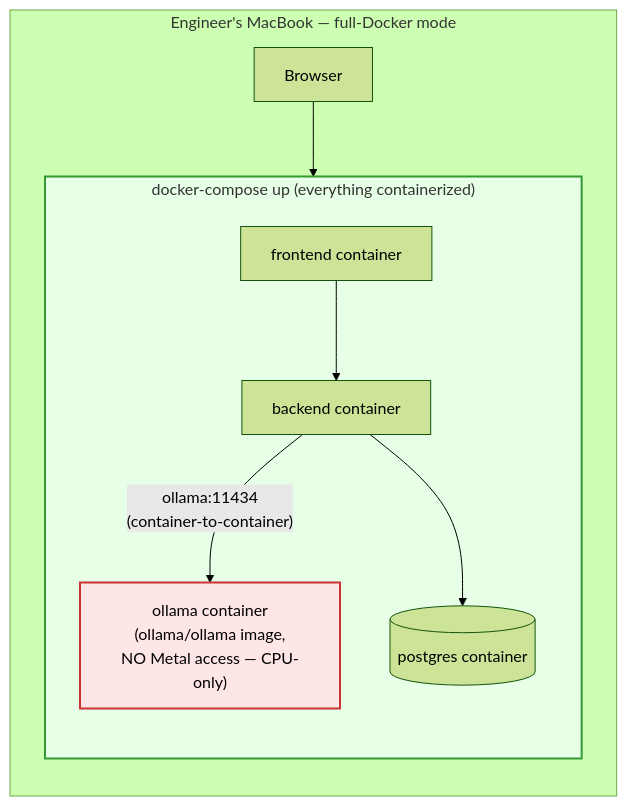
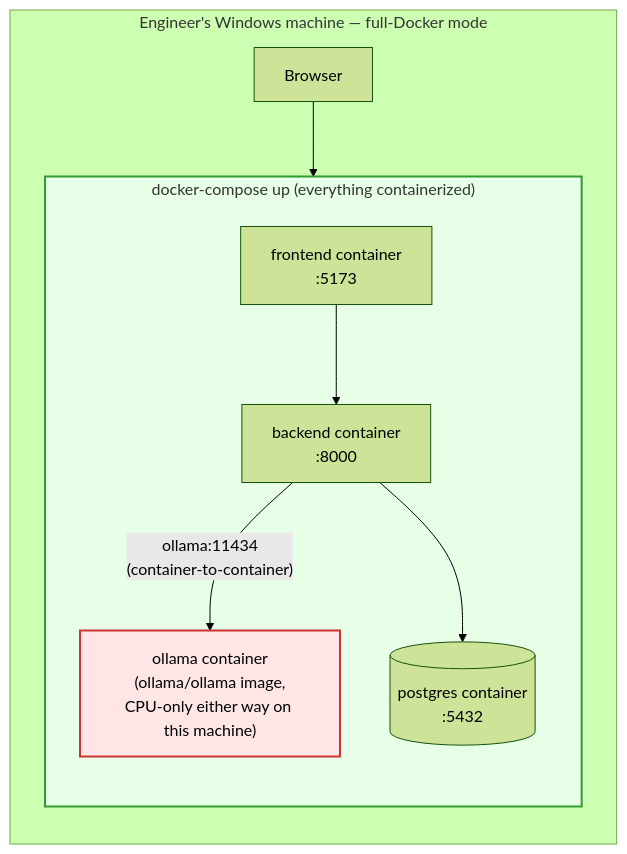
Before and after one commit to ZemaKing/secure-ship-ai: the second of 2 diagrams in docs/diagrams/6.5-deployment-topology.md, drawn with Mermaid (forest theme). The commit also changed other lines of this file and 7 other files, not shown here.

Commit message:
Regenerate Section 6 diagrams against actual Week 1-4 implementation, fixing drift from the REQUIREMENTS.md starting reference

````diff
--- a/docs/diagrams/6.5-deployment-topology.md
+++ b/docs/diagrams/6.5-deployment-topology.md
@@ -39,22 +37,22 @@
 ```mermaid
 flowchart LR
-    subgraph DevMachine["Engineer's MacBook — full-Docker mode"]
+    subgraph DevMachine["Engineer's Windows machine — full-Docker mode"]
         direction TB
         subgraph Compose["docker-compose up (everything containerized)"]
             direction TB
-            ReactC2["frontend container"]
-            PyC2["backend container"]
-            PgC2[("postgres container")]
-            OllamaC["ollama container<br/>(ollama/ollama image,<br/>NO Metal access — CPU-only)"]
+            ReactC2["frontend container<br/>:5173"]
+            PyC2["backend container<br/>:8000"]
+            PgC2[("postgres container<br/>:5432")]
+            OllamaC["ollama container<br/>(ollama/ollama image,<br/>CPU-only either way on this machine)"]
         end
         Browser2[Browser]
     end
 
     Browser2 --> ReactC2
     ReactC2 --> PyC2
     PyC2 -->|"ollama:11434<br/>(container-to-container)"| OllamaC
     PyC2 --> PgC2
 
     style Compose fill:#e6ffe6,stroke:#339933,stroke-width:2px
     style OllamaC fill:#ffe6e6,stroke:#cc3333,stroke-width:2px
 ```
````
